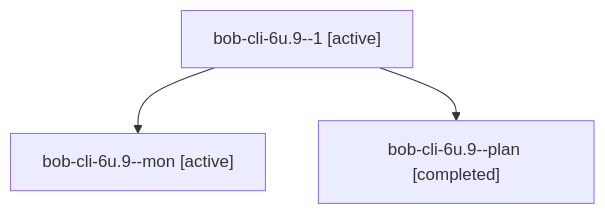
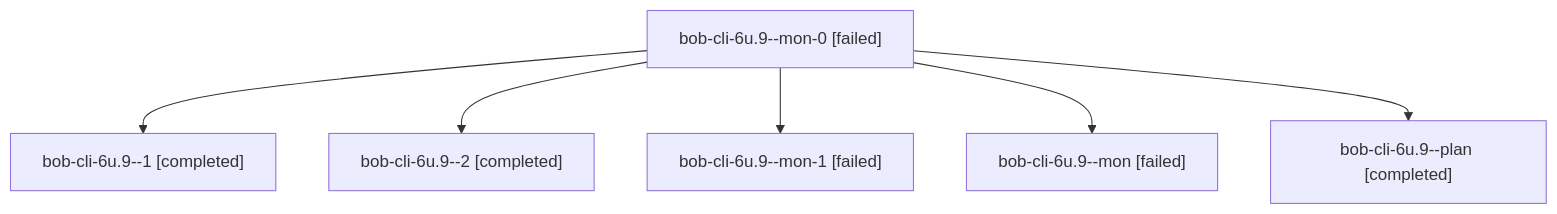
Before and after one commit to bobs-org/bob-cli--agents: the diagram in sessions/bbugyi200.apollo.bob-cli-6u.9.md, drawn with Mermaid. The commit also changed other lines of this file and 66 other files, not shown here.

````diff
--- a/sessions/bbugyi200.apollo.bob-cli-6u.9.md
+++ b/sessions/bbugyi200.apollo.bob-cli-6u.9.md
@@ -9,8 +9,14 @@
 ```mermaid
 flowchart TD
-  n0["bob-cli-6u.9--1 [active]"]
-  n1["bob-cli-6u.9--mon [active]"]
+  n0["bob-cli-6u.9--mon-0 [failed]"]
+  n1["bob-cli-6u.9--1 [completed]"]
   n0 --> n1
-  n2["bob-cli-6u.9--plan [completed]"]
+  n2["bob-cli-6u.9--2 [completed]"]
   n0 --> n2
+  n3["bob-cli-6u.9--mon-1 [failed]"]
+  n0 --> n3
+  n4["bob-cli-6u.9--mon [failed]"]
+  n0 --> n4
+  n5["bob-cli-6u.9--plan [completed]"]
+  n0 --> n5
 ```
````
